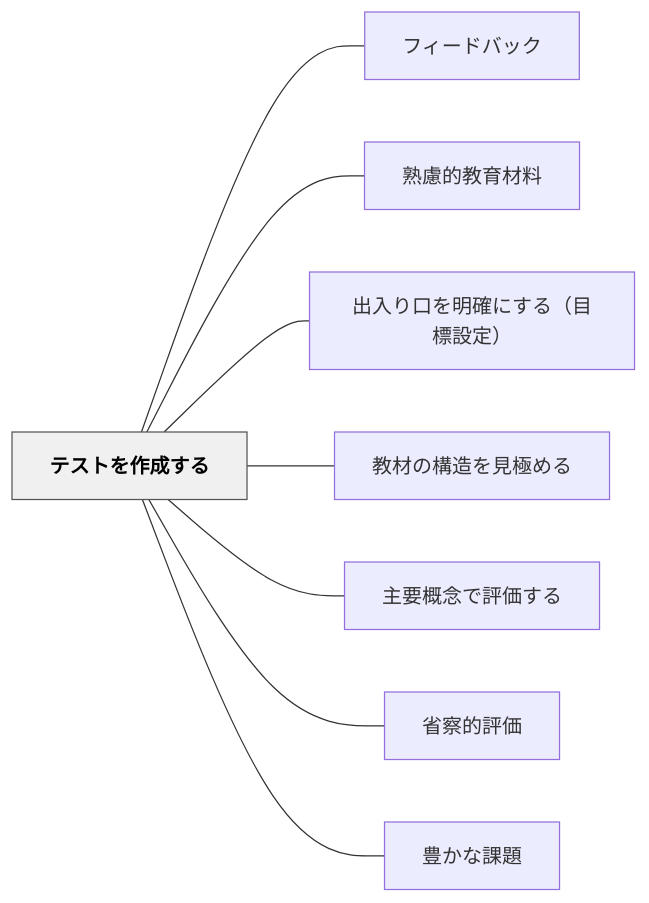
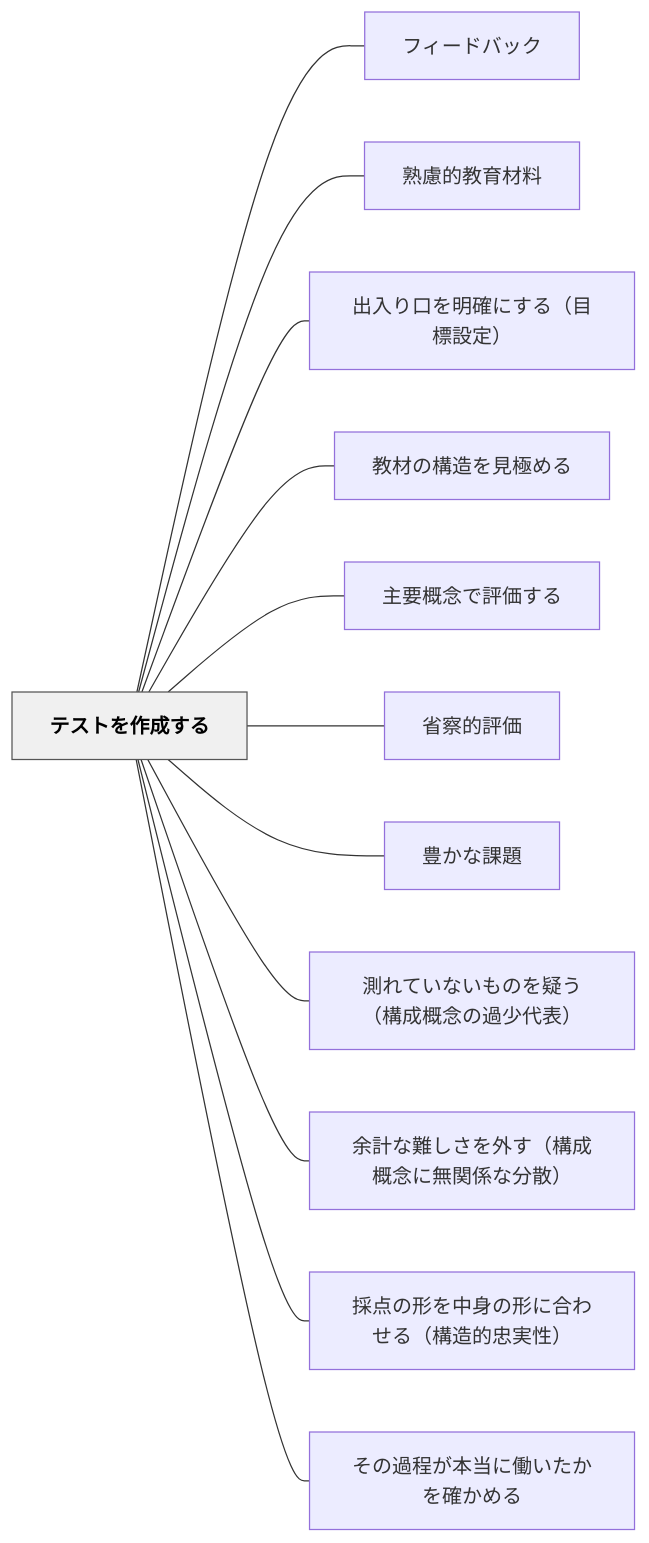
Before and after one commit to unknownthings-ed-patterns/unknownthings-ed-patterns: the diagram in content/パタン/テストを作成する.md, drawn with Mermaid. The commit also changed other lines of this file and 9 other files, not shown here.

````diff
--- a/content/パタン/テストを作成する.md
+++ b/content/パタン/テストを作成する.md
@@ -50,22 +55,30 @@
 ```mermaid
 flowchart LR
     ne38386e382b9e38388e38292e4bd9ce68890e38199e3828b["テストを作成する"]
     ne38395e382a3e383bce38389e38390e38383e382af["フィードバック"]
     ne7869fe685aee79a84e69599e882b2e69d90e69699["熟慮的教育材料"]
     ne587bae585a5e3828ae58fa3e38292e6988ee7a2bae381abe38199e3828befbc88e79baee6a899e8a8ade5ae9aefbc89["出入り口を明確にする（目標設定）"]
     ne69599e69d90e381aee6a78be980a0e38292e8a68be6a5b5e38281e3828b["教材の構造を見極める"]
     ne4b8bbe8a681e6a682e5bfb5e381a7e8a995e4bea1e38199e3828b["主要概念で評価する"]
     ne79c81e5af9fe79a84e8a995e4bea1["省察的評価"]
     ne8b18ae3818be381aae8aab2e9a18c["豊かな課題"]
+    ne6b8ace3828ce381a6e38184e381aae38184e38282e381aee38292e79691e38186efbc88e6a78be68890e6a682e5bfb5e381aee9818ee5b091e4bba3e8a1a8efbc89["測れていないものを疑う（構成概念の過少代表）"]
+    ne4bd99e8a888e381aae99ba3e38197e38195e38292e5a496e38199efbc88e6a78be68890e6a682e5bfb5e381abe784a1e996a2e4bf82e381aae58886e695a3efbc89["余計な難しさを外す（構成概念に無関係な分散）"]
+    ne68ea1e782b9e381aee5bda2e38292e4b8ade8baabe381aee5bda2e381abe59088e3828fe3819be3828befbc88e6a78be980a0e79a84e5bfa0e5ae9fe680a7efbc89["採点の形を中身の形に合わせる（構造的忠実性）"]
+    ne3819de381aee9818ee7a88be3818ce69cace5bd93e381abe5838de38184e3819fe3818be38292e7a2bae3818be38281e3828b["その過程が本当に働いたかを確かめる"]
 
     ne38386e382b9e38388e38292e4bd9ce68890e38199e3828b --- ne38395e382a3e383bce38389e38390e38383e382af
     ne38386e382b9e38388e38292e4bd9ce68890e38199e3828b --- ne7869fe685aee79a84e69599e882b2e69d90e69699
     ne38386e382b9e38388e38292e4bd9ce68890e38199e3828b --- ne587bae585a5e3828ae58fa3e38292e6988ee7a2bae381abe38199e3828befbc88e79baee6a899e8a8ade5ae9aefbc89
     ne38386e382b9e38388e38292e4bd9ce68890e38199e3828b --- ne69599e69d90e381aee6a78be980a0e38292e8a68be6a5b5e38281e3828b
     ne38386e382b9e38388e38292e4bd9ce68890e38199e3828b --- ne4b8bbe8a681e6a682e5bfb5e381a7e8a995e4bea1e38199e3828b
     ne38386e382b9e38388e38292e4bd9ce68890e38199e3828b --- ne79c81e5af9fe79a84e8a995e4bea1
     ne38386e382b9e38388e38292e4bd9ce68890e38199e3828b --- ne8b18ae3818be381aae8aab2e9a18c
+    ne38386e382b9e38388e38292e4bd9ce68890e38199e3828b --- ne6b8ace3828ce381a6e38184e381aae38184e38282e381aee38292e79691e38186efbc88e6a78be68890e6a682e5bfb5e381aee9818ee5b091e4bba3e8a1a8efbc89
+    ne38386e382b9e38388e38292e4bd9ce68890e38199e3828b --- ne4bd99e8a888e381aae99ba3e38197e38195e38292e5a496e38199efbc88e6a78be68890e6a682e5bfb5e381abe784a1e996a2e4bf82e381aae58886e695a3efbc89
+    ne38386e382b9e38388e38292e4bd9ce68890e38199e3828b --- ne68ea1e782b9e381aee5bda2e38292e4b8ade8baabe381aee5bda2e381abe59088e3828fe3819be3828befbc88e6a78be980a0e79a84e5bfa0e5ae9fe680a7efbc89
+    ne38386e382b9e38388e38292e4bd9ce68890e38199e3828b --- ne3819de381aee9818ee7a88be3818ce69cace5bd93e381abe5838de38184e3819fe3818be38292e7a2bae3818be38281e3828b
 
     classDef hub fill:#f0f0f0,stroke:#555,color:#000,font-weight:bold
     class ne38386e382b9e38388e38292e4bd9ce68890e38199e3828b hub
 ```
````
